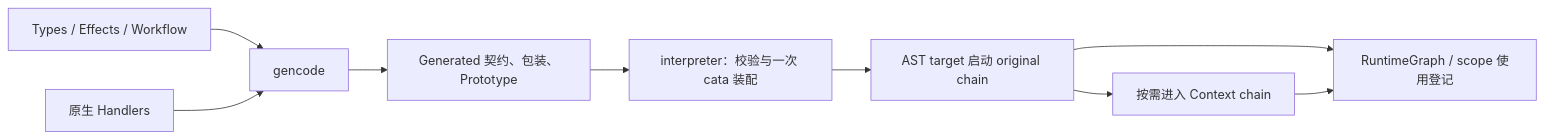
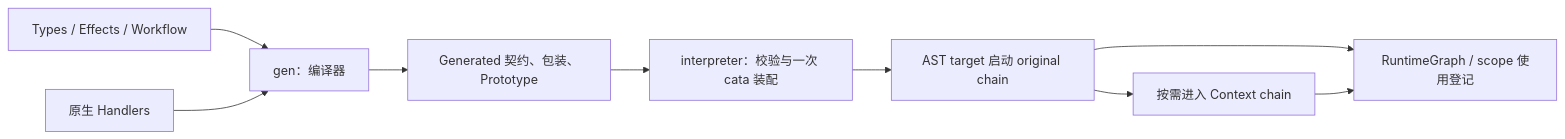
The diagram in docs/LATEST_DESIGN.md (cartesianc/algebraic-effect-sys-in-haskell), drawn with Mermaid before and after one commit. The commit also changed other lines of this file and 7 other files, not shown here.

````diff
--- a/docs/LATEST_DESIGN.md
+++ b/docs/LATEST_DESIGN.md
@@ -85,11 +86,11 @@
 ```mermaid
 flowchart LR
-    F[Types / Effects / Workflow] --> G[gencode]
+    F[Types / Effects / Workflow] --> G[gen：编译器]
     H[原生 Handlers] --> G
     G --> P[Generated 契约、包装、Prototype]
     P --> I[interpreter：校验与一次 cata 装配]
     I --> T[AST target 启动 original chain]
     T --> C[按需进入 Context chain]
     T --> R[RuntimeGraph / scope 使用登记]
     C --> R
 ```
````
